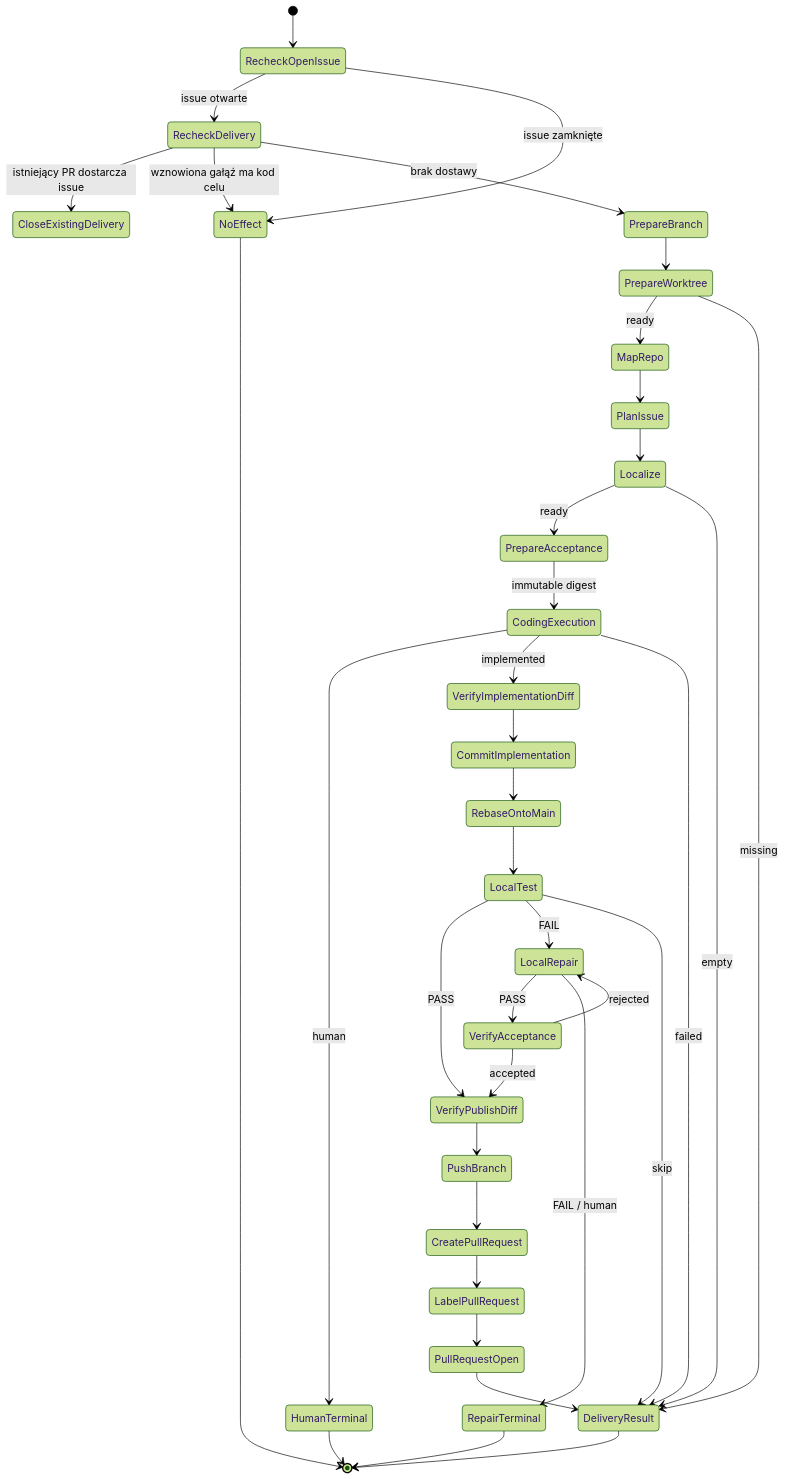
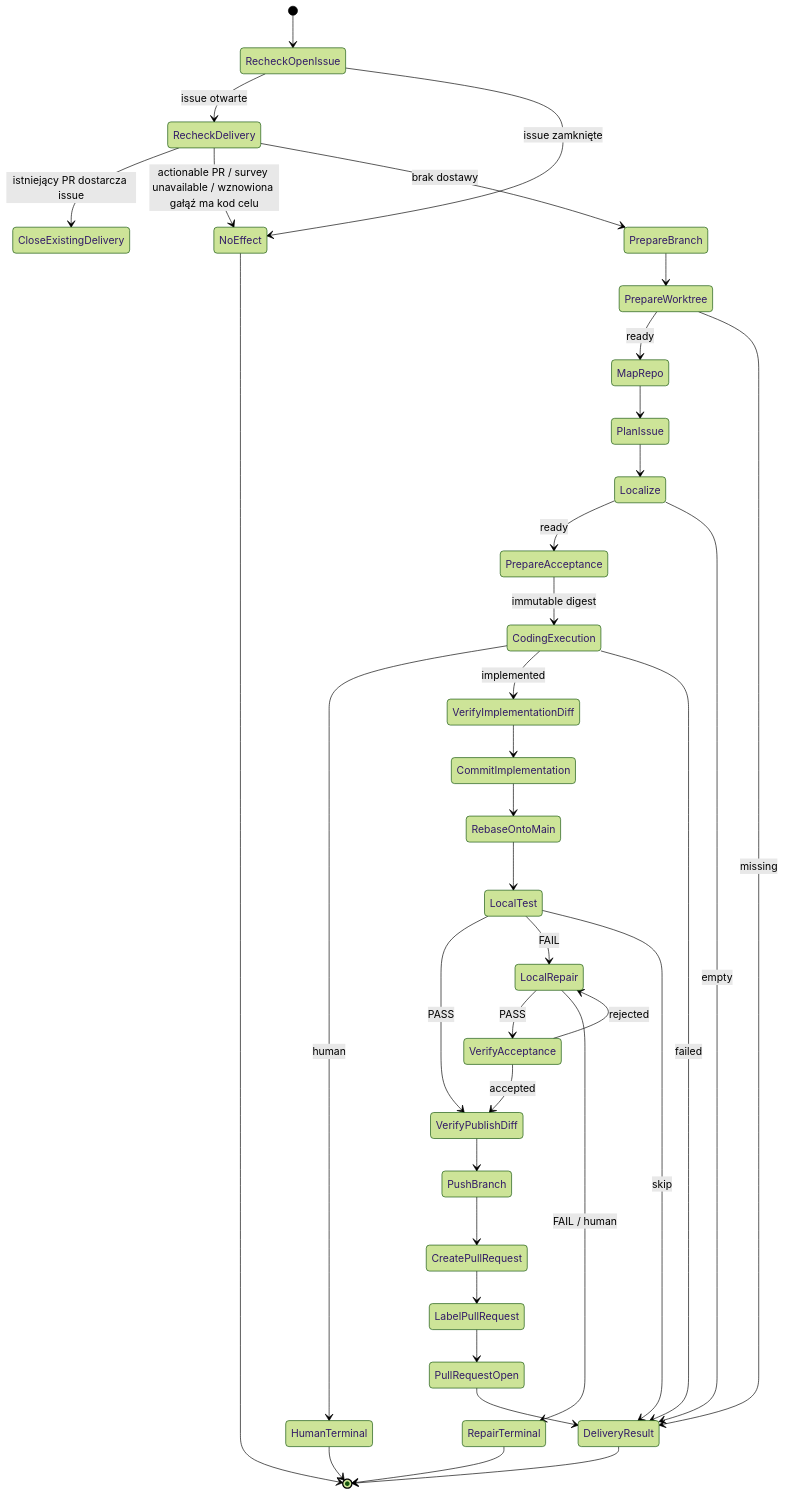
Diagram 40 of 46 in README.md (mikolaj92/lokay), drawn with Mermaid (forest theme) before and after one commit. The commit also changed other lines of this file and 13 other files, not shown here.

````diff
--- a/README.md
+++ b/README.md
@@ -1318,39 +1326,39 @@
 ```mermaid
 stateDiagram-v2
     [*] --> RecheckOpenIssue
     RecheckOpenIssue --> RecheckDelivery: issue otwarte
     RecheckOpenIssue --> NoEffect: issue zamknięte
     RecheckDelivery --> CloseExistingDelivery: istniejący PR dostarcza issue
-    RecheckDelivery --> NoEffect: wznowiona gałąź ma kod celu
+    RecheckDelivery --> NoEffect: actionable PR / survey unavailable / wznowiona gałąź ma kod celu
     RecheckDelivery --> PrepareBranch: brak dostawy
     PrepareBranch --> PrepareWorktree
     PrepareWorktree --> MapRepo: ready
     PrepareWorktree --> DeliveryResult: missing
     MapRepo --> PlanIssue
     PlanIssue --> Localize
     Localize --> PrepareAcceptance: ready
     PrepareAcceptance --> CodingExecution: immutable digest
     Localize --> DeliveryResult: empty
     CodingExecution --> HumanTerminal: human
     CodingExecution --> VerifyImplementationDiff: implemented
     CodingExecution --> DeliveryResult: failed
     VerifyImplementationDiff --> CommitImplementation
     CommitImplementation --> RebaseOntoMain
     RebaseOntoMain --> LocalTest
     LocalTest --> VerifyPublishDiff: PASS
     LocalTest --> LocalRepair: FAIL
     LocalTest --> DeliveryResult: skip
     LocalRepair --> VerifyAcceptance: PASS
     VerifyAcceptance --> VerifyPublishDiff: accepted
     VerifyAcceptance --> LocalRepair: rejected
     LocalRepair --> RepairTerminal: FAIL / human
     VerifyPublishDiff --> PushBranch
     PushBranch --> CreatePullRequest
     CreatePullRequest --> LabelPullRequest
     LabelPullRequest --> PullRequestOpen
     PullRequestOpen --> DeliveryResult
     DeliveryResult --> [*]
     NoEffect --> [*]
     HumanTerminal --> [*]
     RepairTerminal --> [*]
 ```
````
